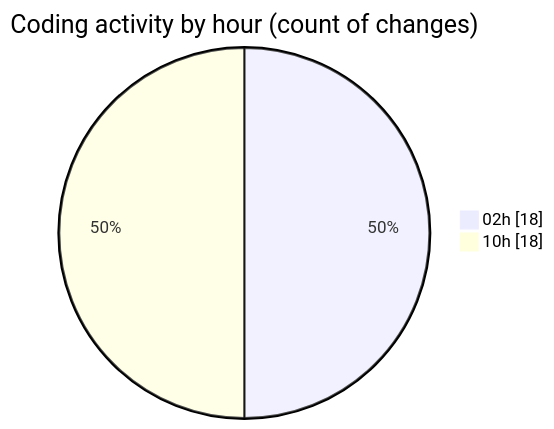
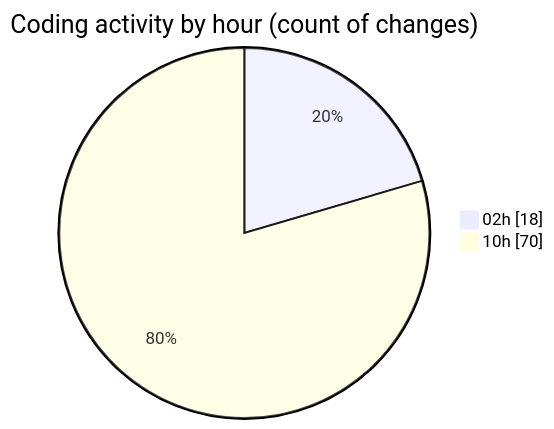
Before and after one commit to shibass792/code-tracking: the second of 2 diagrams in 2026-07-08/twenty_versions_aminor/README.md, drawn with Mermaid. The commit also changed other lines of this file and 1 other file, not shown here.

````diff
--- a/2026-07-08/twenty_versions_aminor/README.md
+++ b/2026-07-08/twenty_versions_aminor/README.md
@@ -30,6 +30,6 @@
 ```mermaid
 pie showData
 title Coding activity by hour (count of changes)
 "02h" : 18
-"10h" : 18
+"10h" : 70
 ```
````
